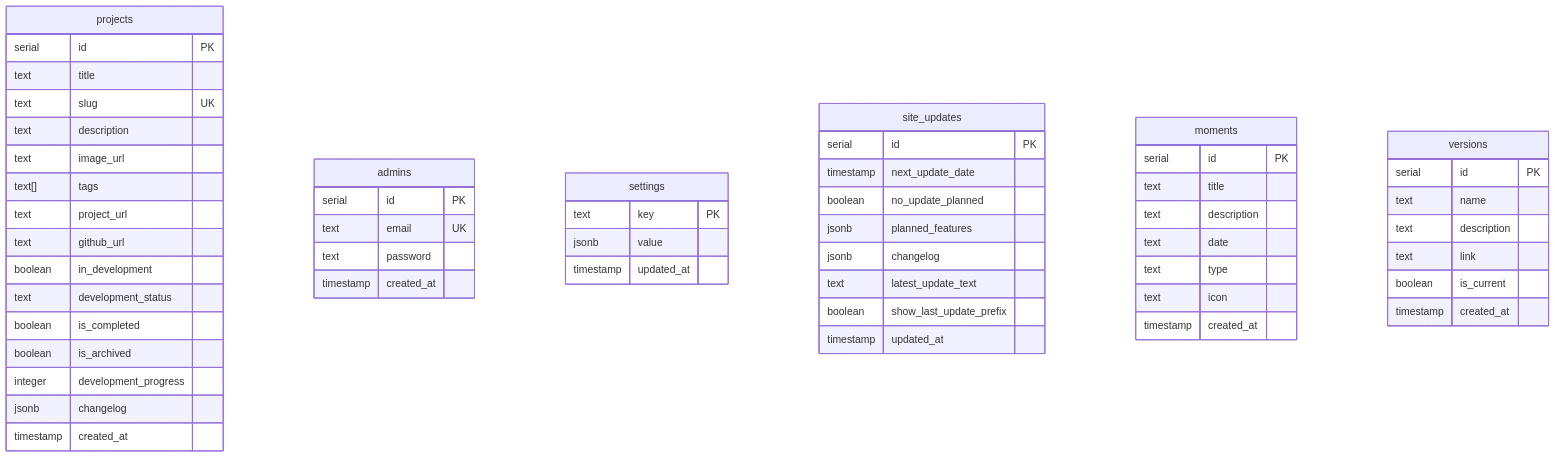
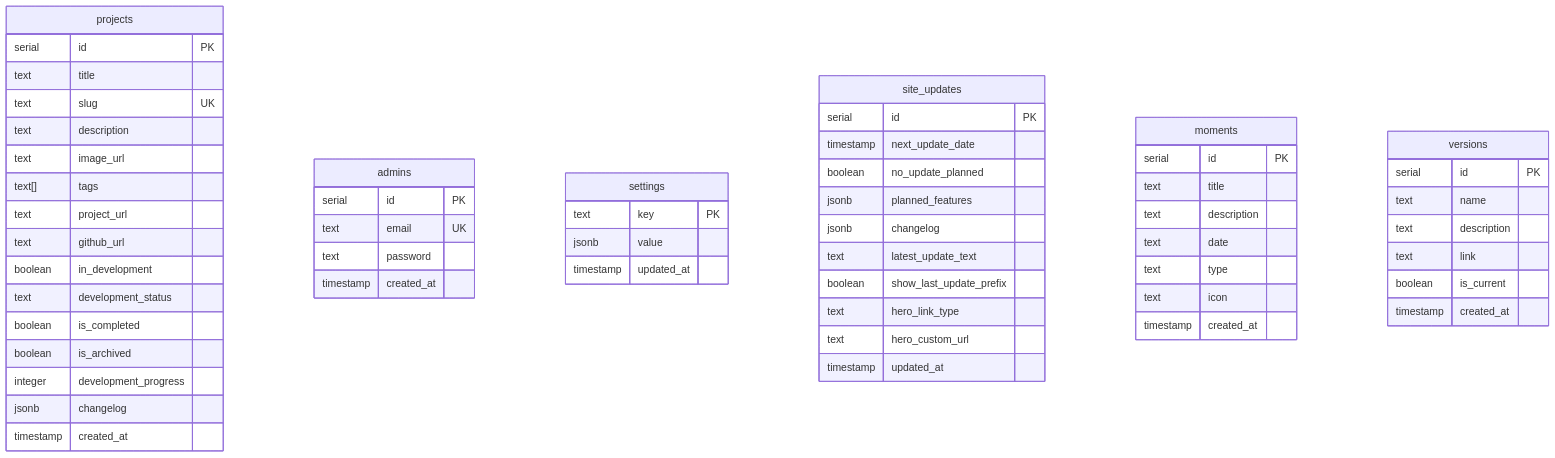
Before and after one commit to ddrayko/portfolio: the second of 5 diagrams in README.md, drawn with Mermaid.

Commit message:
docs: add hero_link_type and hero_custom_url to db schema diagram

````diff
--- a/README.md
+++ b/README.md
@@ -89,63 +89,65 @@
 ```mermaid
 erDiagram
     projects {
         serial id PK
         text title
         text slug UK
         text description
         text image_url
         text[] tags
         text project_url
         text github_url
         boolean in_development
         text development_status
         boolean is_completed
         boolean is_archived
         integer development_progress
         jsonb changelog
         timestamp created_at
     }
 
     admins {
         serial id PK
         text email UK
         text password
         timestamp created_at
     }
 
     settings {
         text key PK
         jsonb value
         timestamp updated_at
     }
 
     site_updates {
         serial id PK
         timestamp next_update_date
         boolean no_update_planned
         jsonb planned_features
         jsonb changelog
         text latest_update_text
         boolean show_last_update_prefix
+        text hero_link_type
+        text hero_custom_url
         timestamp updated_at
     }
 
     moments {
         serial id PK
         text title
         text description
         text date
         text type
         text icon
         timestamp created_at
     }
 
     versions {
         serial id PK
         text name
         text description
         text link
         boolean is_current
         timestamp created_at
     }
 ```
````
